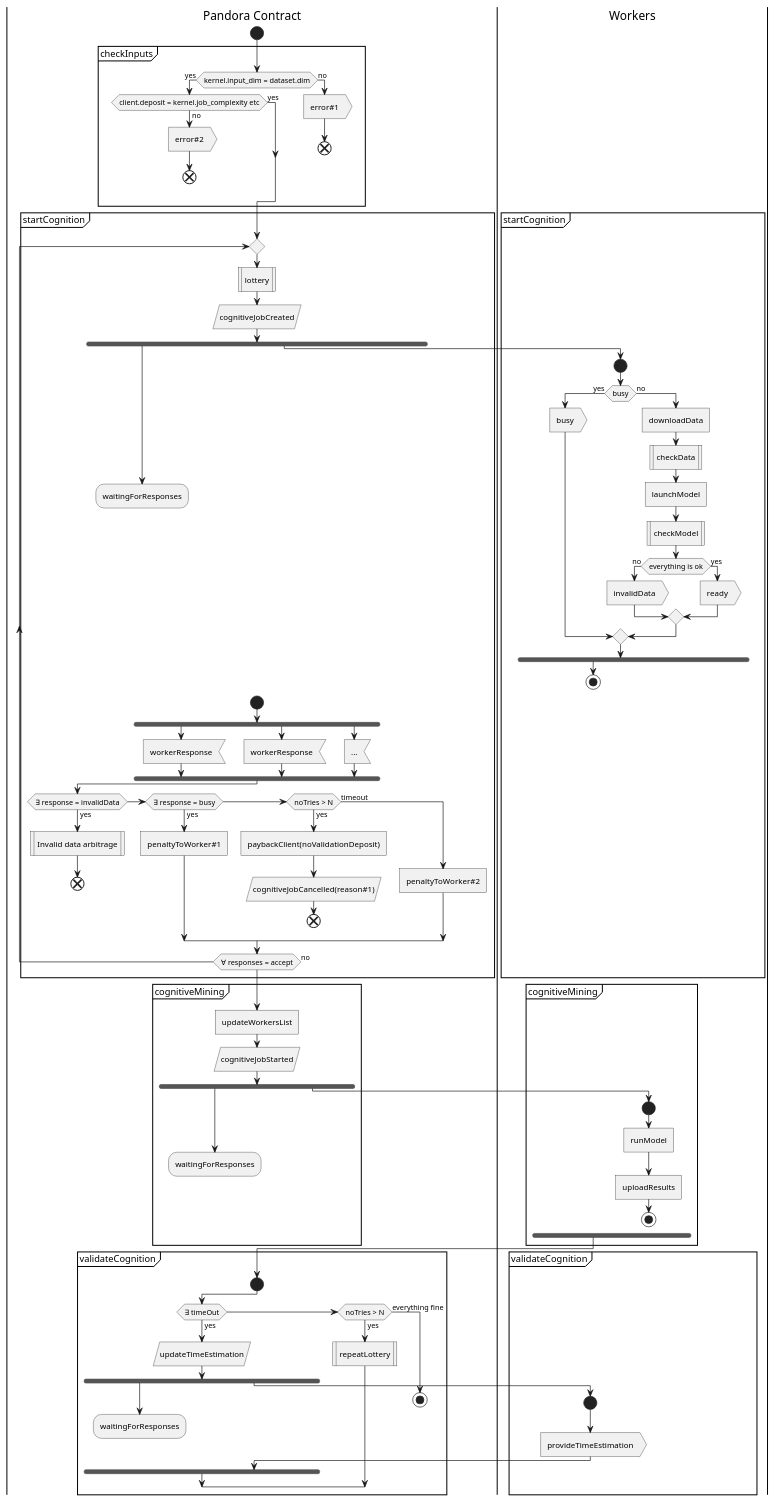
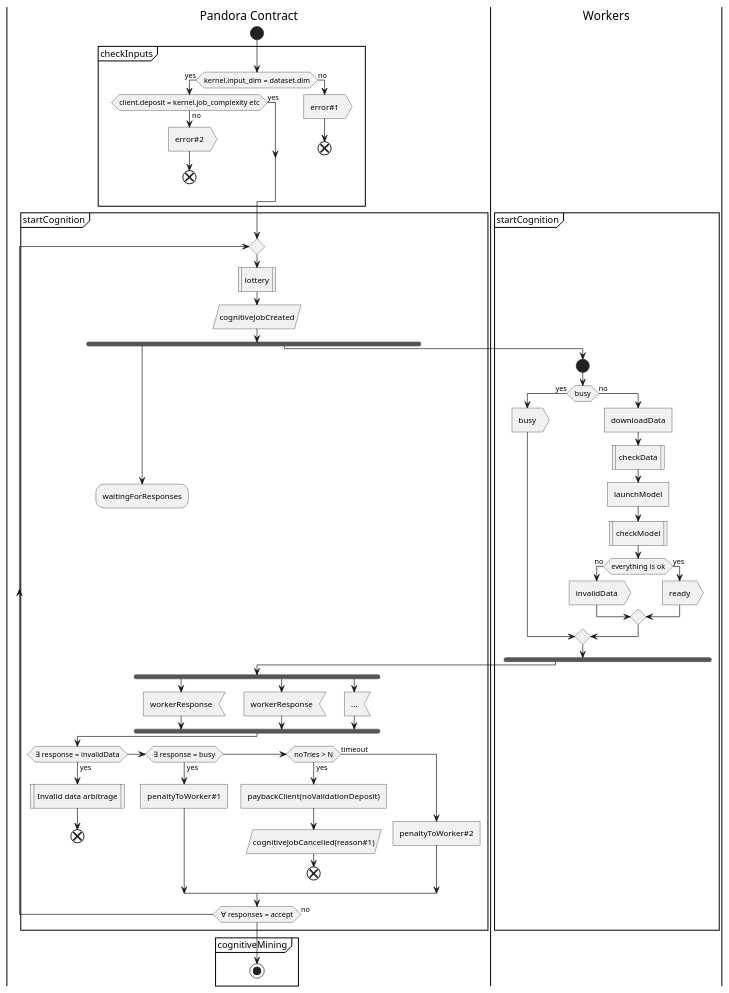
Before and after one commit to pandoraboxchain/pocw-techspecs: the diagram in activity_cognition_10.plantuml, drawn with PlantUML.

```diff
--- a/activity_cognition_10.plantuml
+++ b/activity_cognition_10.plantuml
@@ -1,108 +1,74 @@
 @startuml
 |Pandora Contract|
 |Workers|
 
 |Pandora Contract|
 start
 
 partition checkInputs {
   if (kernel.input_dim = dataset.dim) then (yes)
     if (client.deposit = kernel.job_complexity etc) then (yes)
     else (no)
       :error#2>
       end
     endif
   else (no)
     :error#1>
     end
   endif
 }
 
 partition startCognition {
   repeat
 
     :lottery|
     :cognitiveJobCreated/
     fork
       :waitingForResponses;
       detach
     fork again
       |Workers|
       start
       if (busy) then (yes)
         :busy>
       else (no)
         :downloadData]
         :checkData|
         :launchModel]
         :checkModel|
         if (everything is ok) then (no)
           :invalidData>
         else (yes)
           :ready>
         endif
       endif
     end fork
-    stop
 
     |Pandora Contract|
-    start
     fork
       :workerResponse<
     fork again
       :workerResponse<
     fork again
       :...<
     end fork
 
     if (∃ response = invalidData) then (yes)
       :Invalid data arbitrage|
       end
     elseif (∃ response = busy) then (yes)
       :penaltyToWorker#1]
     elseif (noTries > N) then (yes)
       :paybackClient(noValidationDeposit)]
       :cognitiveJobCancelled(reason#1)/
       end
     else (timeout)
       :penaltyToWorker#2]
     endif
   repeat while (∀ responses = accept) is (no)
 }
 
 partition cognitiveMining {
-  :updateWorkersList]
-  :cognitiveJobStarted/
-  fork
-    :waitingForResponses;
-    detach
-  fork again
-    |Workers|
-    start
-    :runModel]
-    :uploadResults]
-    stop
-  end fork
-}
-
-|Pandora Contract|
-partition validateCognition {
-  start
-  if (∃ timeOut) then (yes)
-    :updateTimeEstimation/
-    fork
-      :waitingForResponses;
-      detach
-    fork again
-      |Workers|
-      start
-      :provideTimeEstimation>
-      |Pandora Contract|
-    end fork
-  elseif (noTries > N) then (yes)
-    :repeatLottery|
-  else (everything fine)
-    stop
-  endif
+  stop
 }
 @enduml
```
